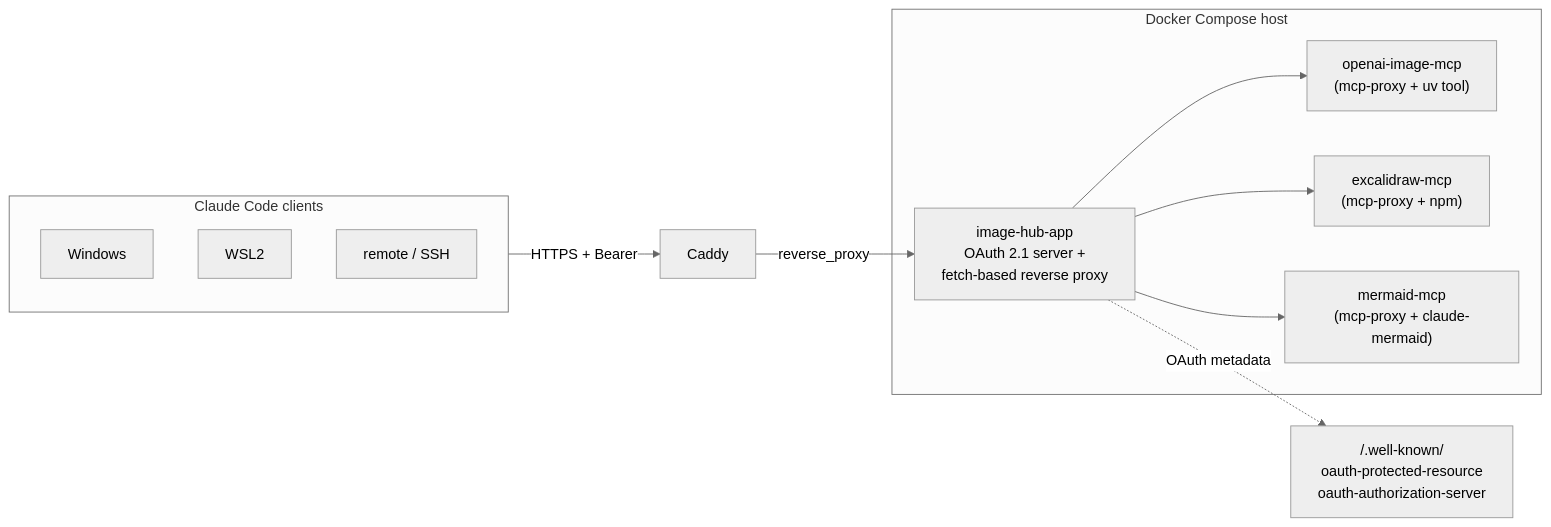
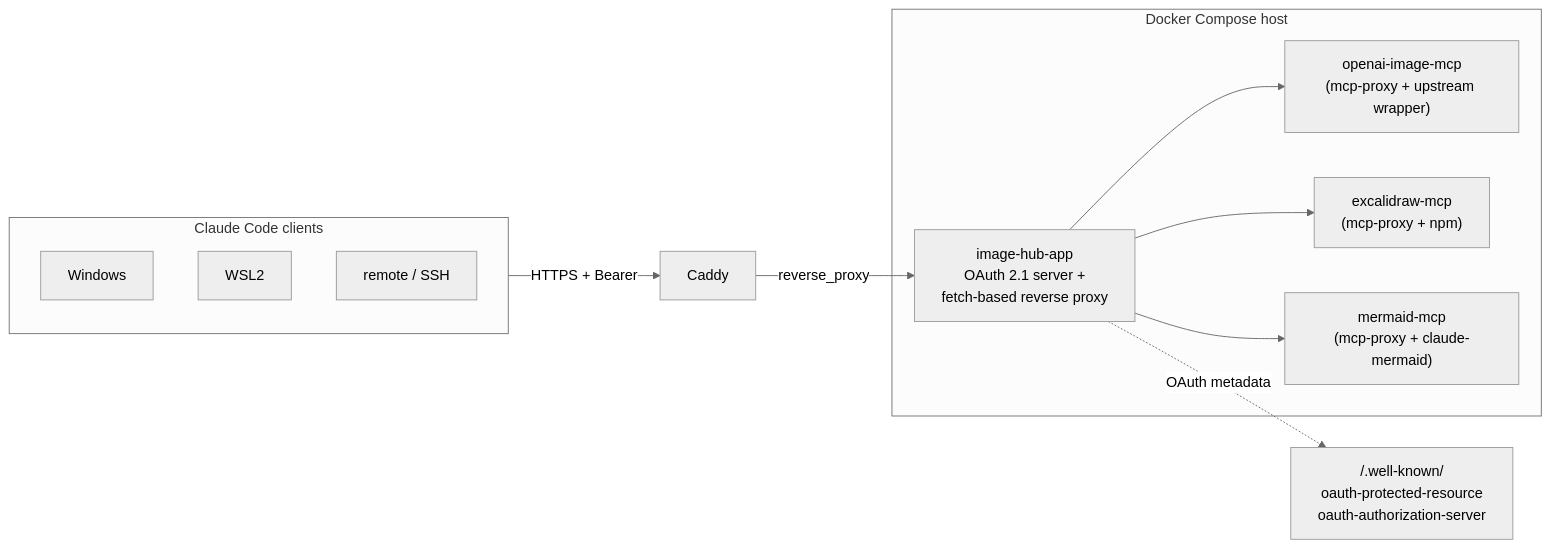
The diagram in README.md (kitepon-rgb/image-generator), drawn with Mermaid (neutral theme) before and after one commit. The commit also changed other lines of this file and 8 other files, not shown here.

First line of the commit message:
feat(openai-image): upstream を HermesAgent ラッパへ切替 (OpenAI 課金経路を撤去)

````diff
--- a/README.md
+++ b/README.md
@@ -69,17 +69,17 @@
 ```mermaid
 flowchart LR
     subgraph clients["Claude Code clients"]
         C1[Windows]
         C2[WSL2]
         C3[remote / SSH]
     end
     clients -->|HTTPS + Bearer| caddy[Caddy]
     caddy -->|reverse_proxy| hub
     subgraph host["Docker Compose host"]
         hub[image-hub-app<br/>OAuth 2.1 server +<br/>fetch-based reverse proxy]
-        hub --> oai["openai-image-mcp<br/>(mcp-proxy + uv tool)"]
+        hub --> oai["openai-image-mcp<br/>(mcp-proxy + upstream wrapper)"]
         hub --> exc["excalidraw-mcp<br/>(mcp-proxy + npm)"]
         hub --> mer["mermaid-mcp<br/>(mcp-proxy + claude-mermaid)"]
     end
     hub -.OAuth metadata.-> meta["/.well-known/<br/>oauth-protected-resource<br/>oauth-authorization-server"]
 ```
````
